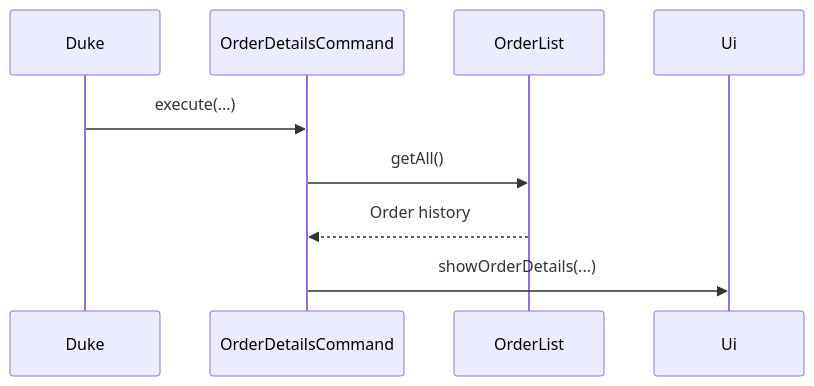
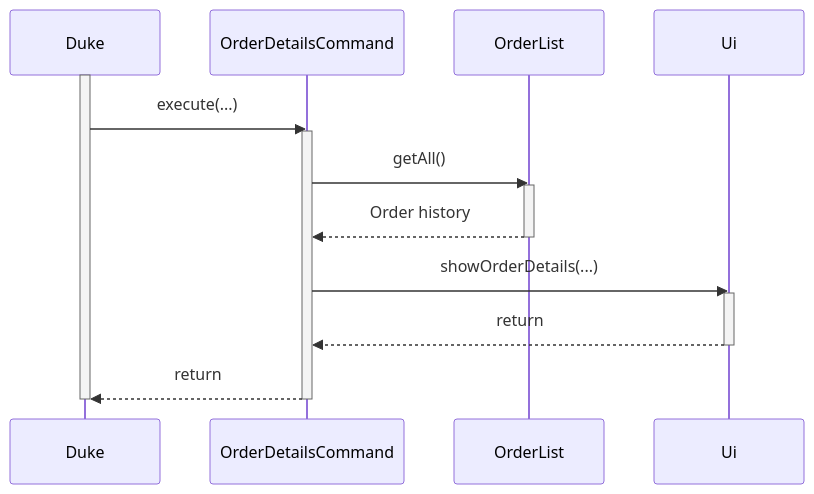
The diagram in docs/diagrams/order-details.mmd (AY2627S1-CS2113-T11-1/tp), drawn with Mermaid before and after one commit. The commit also changed 9 other files, not shown here.

Commit message:
Add activation bars to Developer Guide sequence diagrams

```diff
--- a/docs/diagrams/order-details.mmd
+++ b/docs/diagrams/order-details.mmd
@@ -1,10 +1,20 @@
 sequenceDiagram
     %% Main successful flow; validation and alternatives are described in the guide.
     participant P0 as Duke
     participant P1 as OrderDetailsCommand
     participant P2 as OrderList
     participant P3 as Ui
+    activate P0
     P0->>P1: execute(...)
+    activate P1
     P1->>P2: getAll()
+    activate P2
     P2-->>P1: Order history
+    deactivate P2
     P1->>P3: showOrderDetails(...)
+    activate P3
+    P3-->>P1: return
+    deactivate P3
+    P1-->>P0: return
+    deactivate P1
+    deactivate P0
```
